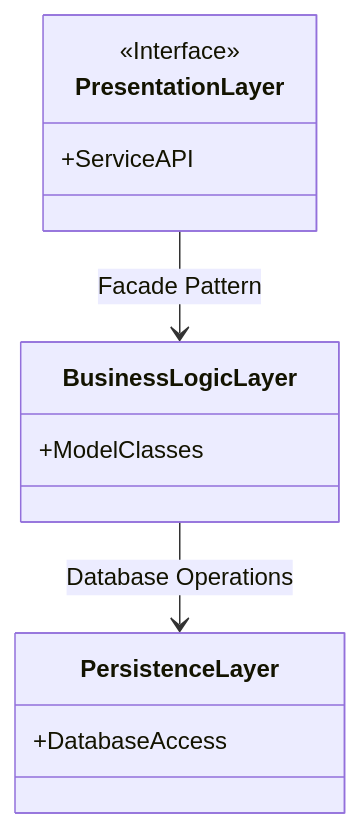
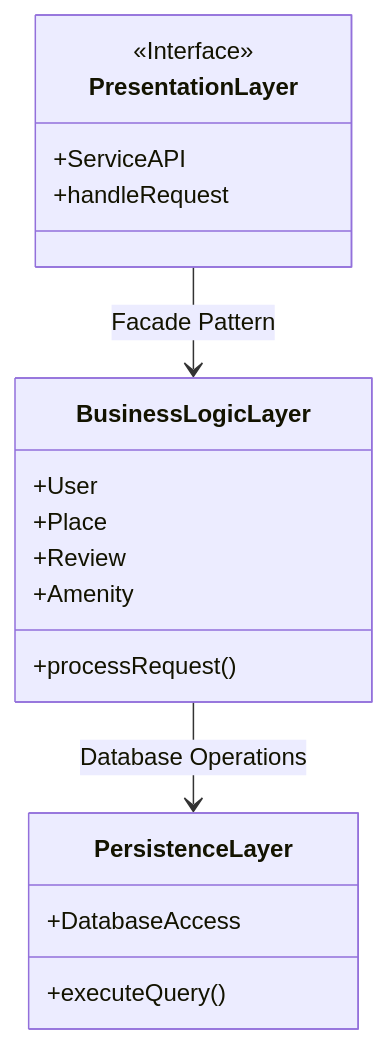
The diagram in High-Level_Package_Diagram.mmd (neonbloo25/holbertonschool-hbnb_project), drawn with Mermaid before and after one commit. The commit also changed other lines of this file and 5 other files, not shown here.

```diff
--- a/High-Level_Package_Diagram.mmd
+++ b/High-Level_Package_Diagram.mmd
@@ -1,23 +1,29 @@
 %%This is the provided example
 
 %%Diagram type
 
 classDiagram
 
 %%Nodes and Contents
 
 class PresentationLayer {
     <<Interface>>
     +ServiceAPI
+    +handleRequest
 }
 class BusinessLogicLayer {
-    +ModelClasses
+    +User
+    +Place
+    +Review
+    +Amenity
+    +processRequest()
 }
 class PersistenceLayer {
     +DatabaseAccess
+    +executeQuery()
 }
 
 %%Element Display order and line labels
 
 PresentationLayer --> BusinessLogicLayer : Facade Pattern
 BusinessLogicLayer --> PersistenceLayer : Database Operations
```
